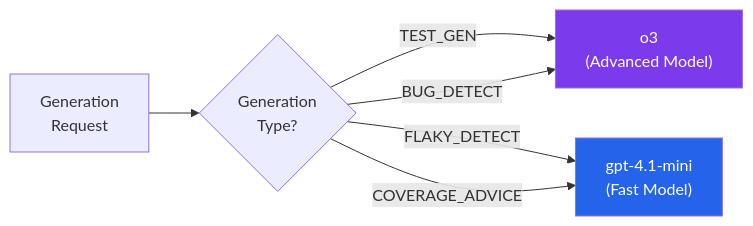
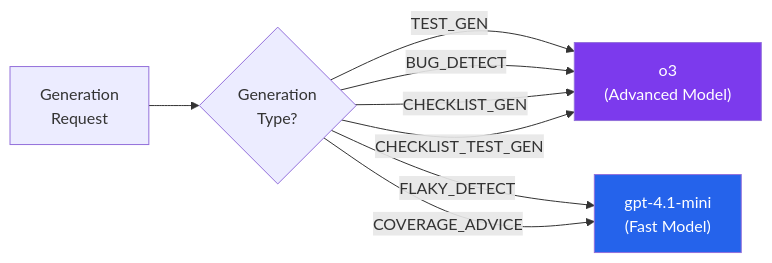
One commit to micode-ai/testing-ai-assistant changed the seventh of 8 diagrams in docs/en/services/ai.md. Above: the diagram before and after it, drawn with Mermaid. The commit also changed other lines of this file and 7 other files, not shown here.

````diff
--- a/docs/en/services/ai.md
+++ b/docs/en/services/ai.md
@@ -163,11 +225,13 @@
 ```mermaid
 flowchart LR
     Request["Generation<br/>Request"] --> Router{"Generation<br/>Type?"}
     Router -- "TEST_GEN" --> Advanced["o3<br/>(Advanced Model)"]
     Router -- "BUG_DETECT" --> Advanced
     Router -- "FLAKY_DETECT" --> Fast["gpt-4.1-mini<br/>(Fast Model)"]
     Router -- "COVERAGE_ADVICE" --> Fast
+    Router -- "CHECKLIST_GEN" --> Advanced
+    Router -- "CHECKLIST_TEST_GEN" --> Advanced
 
     style Advanced fill:#7c3aed,color:#fff
     style Fast fill:#2563eb,color:#fff
 ```
````
